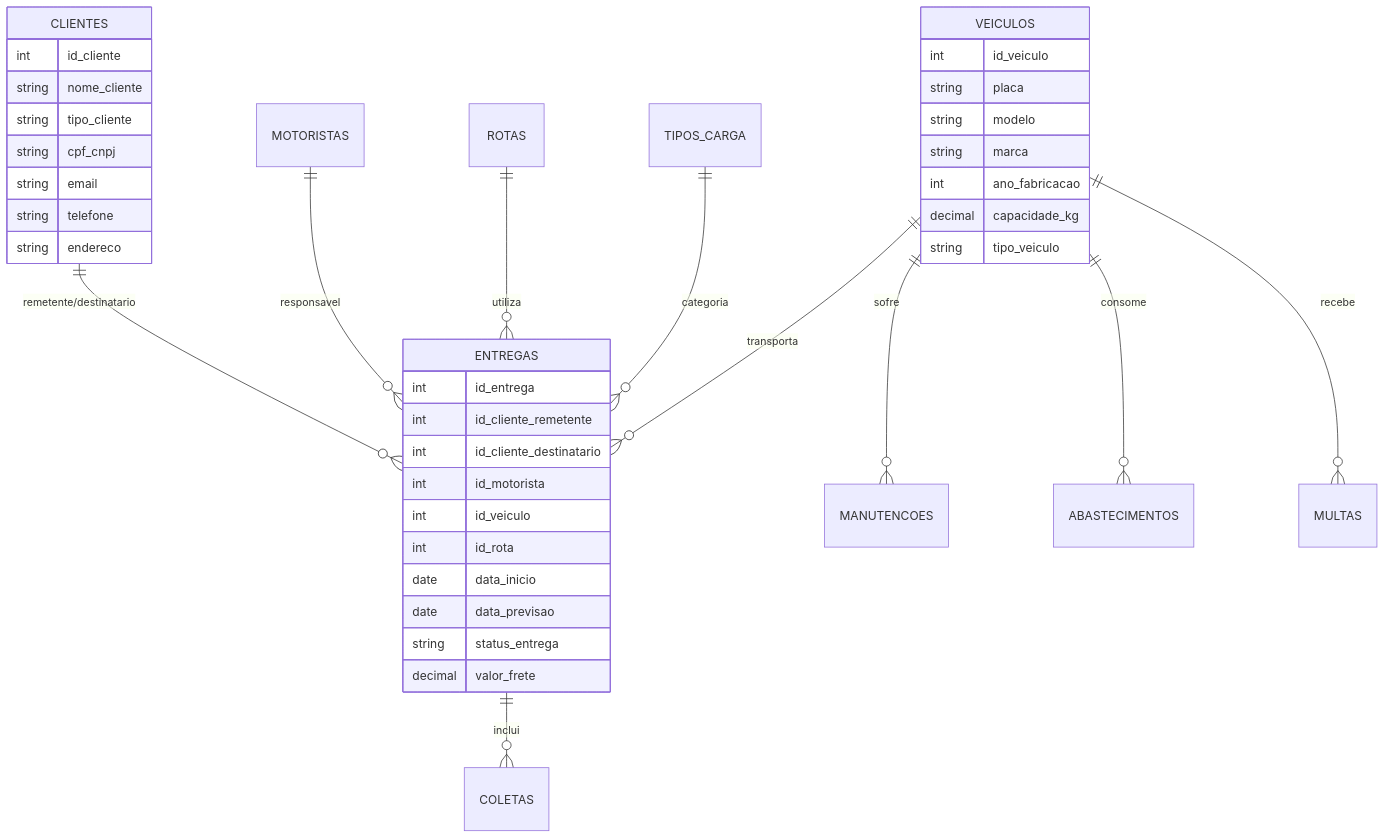
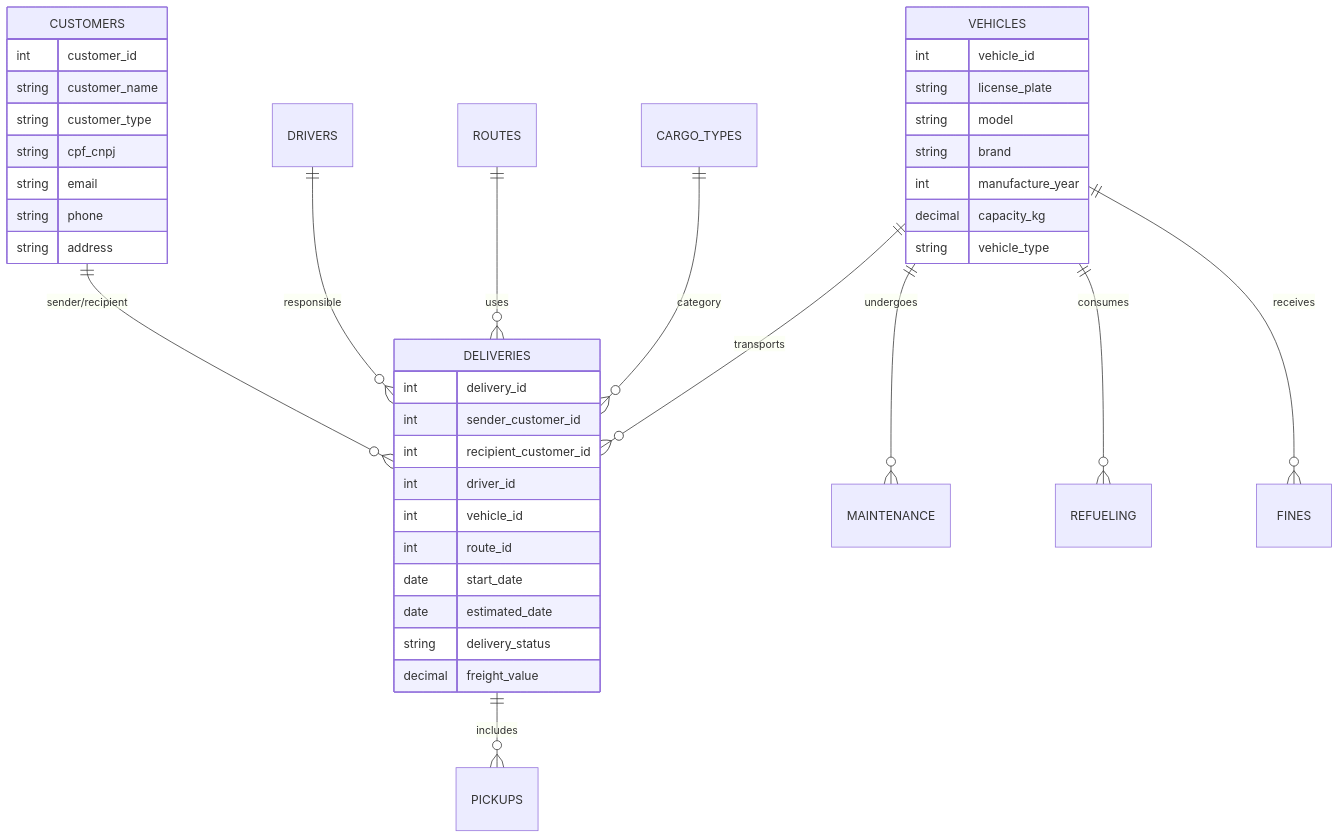
One commit to arturoburigo/projeto_etl_spark changed the first of 2 diagrams in docs/index.md. Above: the diagram before and after it, drawn with Mermaid. The commit also changed other lines of this file and 14 other files, not shown here.

````diff
--- a/docs/index.md
+++ b/docs/index.md
@@ -104,45 +104,45 @@
 ```mermaid
 erDiagram
-    CLIENTES ||--o{ ENTREGAS : "remetente/destinatario"
-    MOTORISTAS ||--o{ ENTREGAS : "responsavel"
-    VEICULOS ||--o{ ENTREGAS : "transporta"
-    VEICULOS ||--o{ MANUTENCOES : "sofre"
-    VEICULOS ||--o{ ABASTECIMENTOS : "consome"
-    VEICULOS ||--o{ MULTAS : "recebe"
-    ROTAS ||--o{ ENTREGAS : "utiliza"
-    TIPOS_CARGA ||--o{ ENTREGAS : "categoria"
-    ENTREGAS ||--o{ COLETAS : "inclui"
+    CUSTOMERS ||--o{ DELIVERIES : "sender/recipient"
+    DRIVERS ||--o{ DELIVERIES : "responsible"
+    VEHICLES ||--o{ DELIVERIES : "transports"
+    VEHICLES ||--o{ MAINTENANCE : "undergoes"
+    VEHICLES ||--o{ REFUELING : "consumes"
+    VEHICLES ||--o{ FINES : "receives"
+    ROUTES ||--o{ DELIVERIES : "uses"
+    CARGO_TYPES ||--o{ DELIVERIES : "category"
+    DELIVERIES ||--o{ PICKUPS : "includes"
     
-    CLIENTES {
-        int id_cliente
-        string nome_cliente
-        string tipo_cliente
+    CUSTOMERS {
+        int customer_id
+        string customer_name
+        string customer_type
         string cpf_cnpj
         string email
-        string telefone
-        string endereco
+        string phone
+        string address
     }
     
-    ENTREGAS {
-        int id_entrega
-        int id_cliente_remetente
-        int id_cliente_destinatario
-        int id_motorista
-        int id_veiculo
-        int id_rota
-        date data_inicio
-        date data_previsao
-        string status_entrega
-        decimal valor_frete
+    DELIVERIES {
+        int delivery_id
+        int sender_customer_id
+        int recipient_customer_id
+        int driver_id
+        int vehicle_id
+        int route_id
+        date start_date
+        date estimated_date
+        string delivery_status
+        decimal freight_value
     }
     
-    VEICULOS {
-        int id_veiculo
-        string placa
-        string modelo
-        string marca
-        int ano_fabricacao
-        decimal capacidade_kg
-        string tipo_veiculo
+    VEHICLES {
+        int vehicle_id
+        string license_plate
+        string model
+        string brand
+        int manufacture_year
+        decimal capacity_kg
+        string vehicle_type
     }
 ```
````
